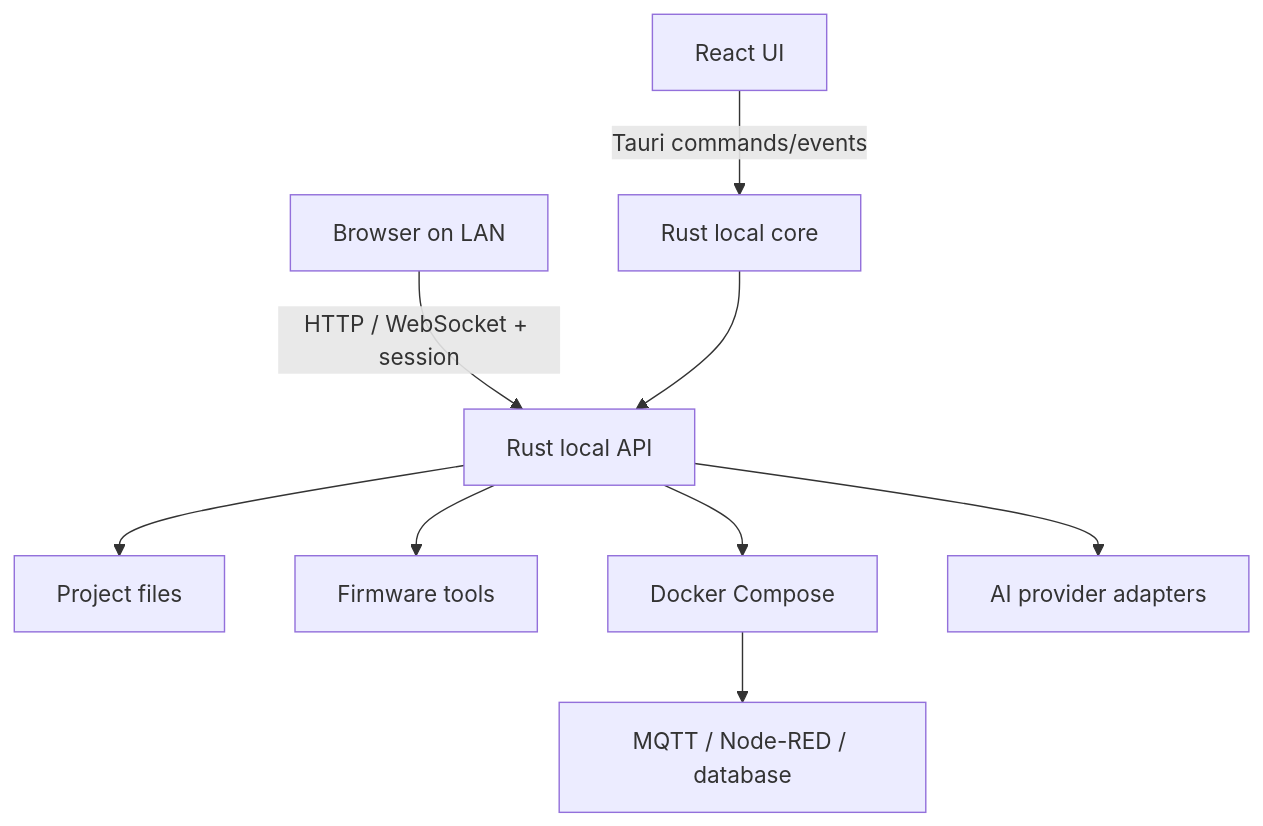
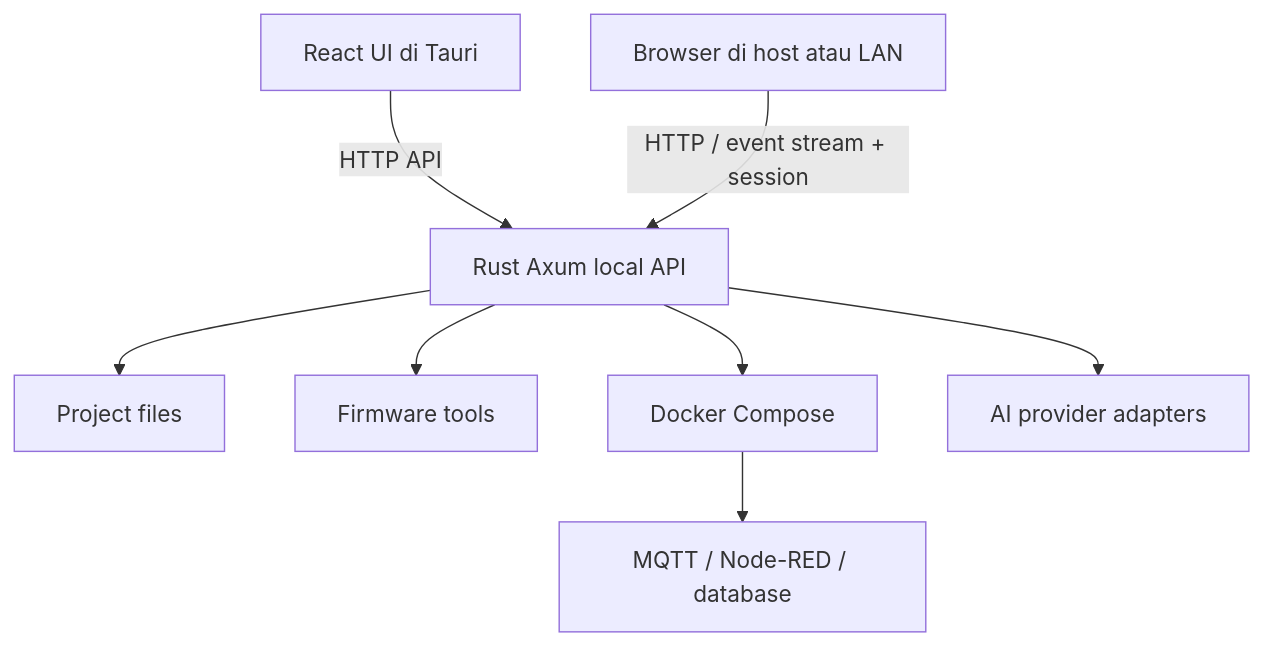
The diagram in docs/ARCHITECTURE.md (SatriaDivo/IoTKit-Studio-Desktop), drawn with Mermaid before and after one commit. The commit also changed other lines of this file, not shown here.

Commit message:
docs: specify shared Axum API architecture

````diff
--- a/docs/ARCHITECTURE.md
+++ b/docs/ARCHITECTURE.md
@@ -22,11 +22,10 @@
 ```mermaid
 flowchart TB
-  UI["React UI"] -->|Tauri commands/events| Core["Rust local core"]
-  Browser["Browser on LAN"] -->|HTTP / WebSocket + session| API["Rust local API"]
-  Core --> API
+  UI["React UI di Tauri"] -->|HTTP API| API["Rust Axum local API"]
+  Browser["Browser di host atau LAN"] -->|HTTP / event stream + session| API
   API --> Files["Project files"]
   API --> Tools["Firmware tools"]
   API --> Compose["Docker Compose"]
   API --> AI["AI provider adapters"]
   Compose --> IoT["MQTT / Node-RED / database"]
 ```
````
